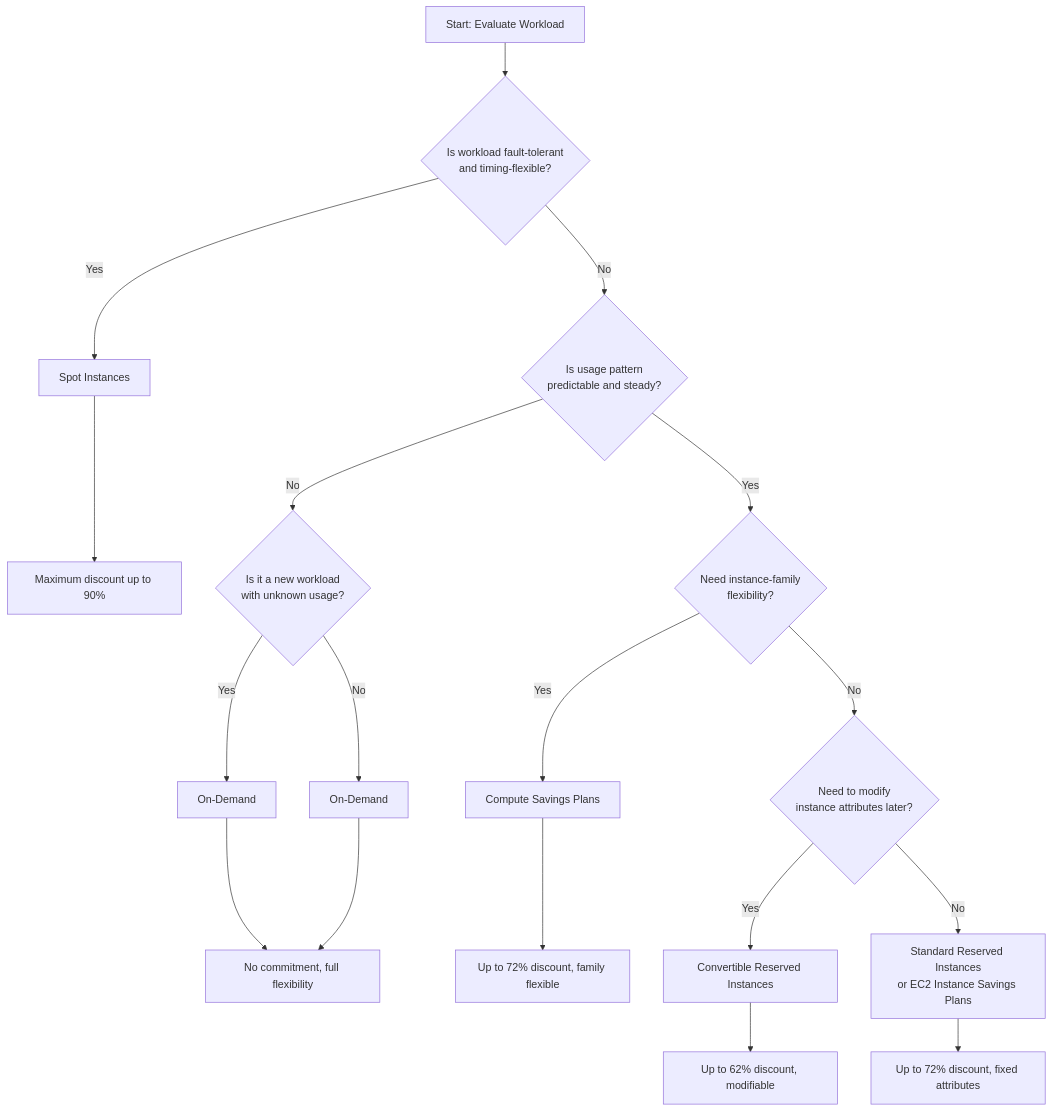
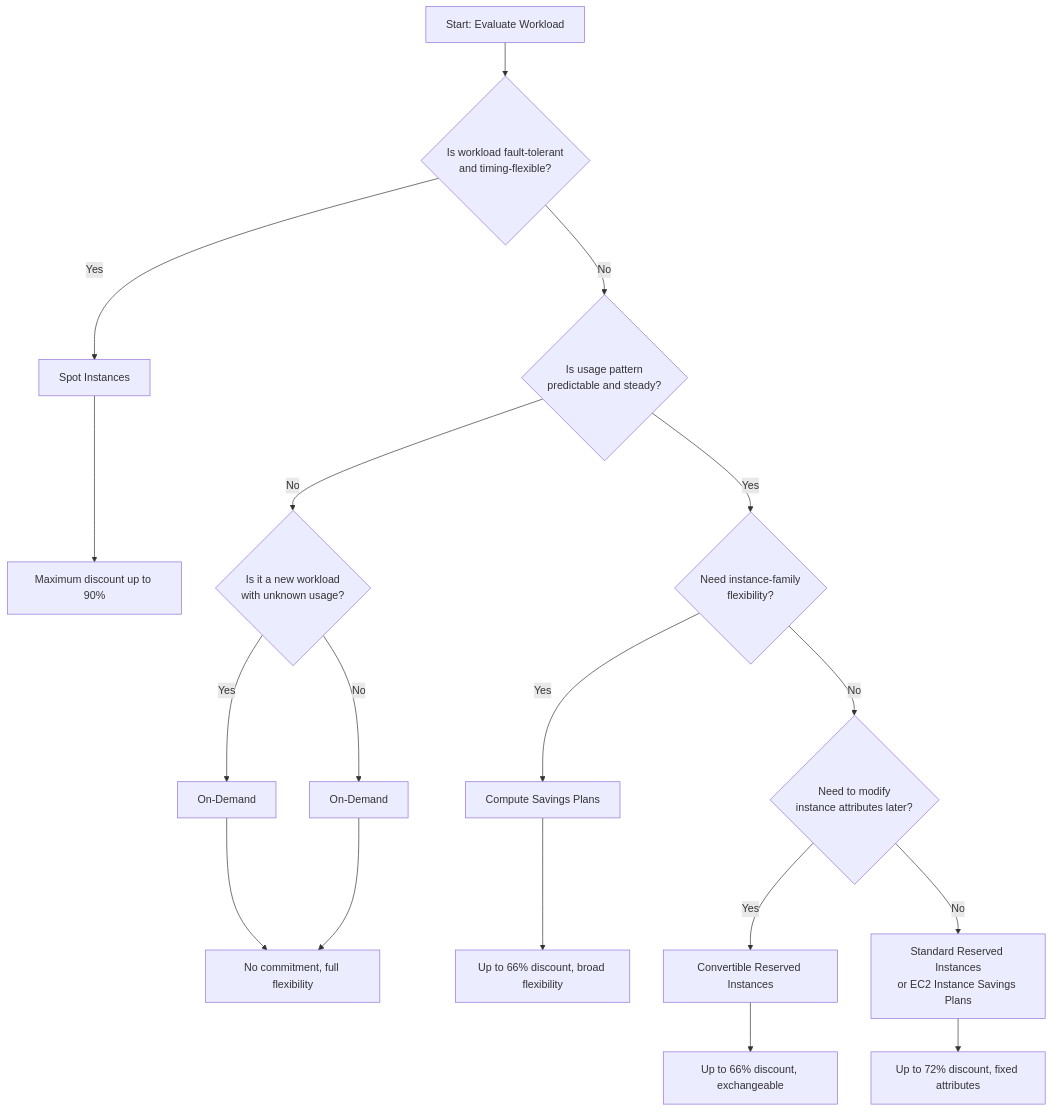
The first of 2 diagrams in Core-Services/EC2-Best-Practices.md (AlexanderBesss/AWS_best_praactices), drawn with Mermaid before and after one commit. The commit also changed other lines of this file and 31 other files, not shown here.

````diff
--- a/Core-Services/EC2-Best-Practices.md
+++ b/Core-Services/EC2-Best-Practices.md
@@ -57,20 +57,20 @@
 ```mermaid
 flowchart TD
     A[Start: Evaluate Workload] --> B{Is workload fault-tolerant<br/>and timing-flexible?}
     B -->|Yes| C[Spot Instances]
     B -->|No| D{Is usage pattern<br/>predictable and steady?}
     D -->|No| E{Is it a new workload<br/>with unknown usage?}
     E -->|Yes| F[On-Demand]
     E -->|No| G[On-Demand]
     D -->|Yes| H{Need instance-family<br/>flexibility?}
     H -->|Yes| I[Compute Savings Plans]
     H -->|No| J{Need to modify<br/>instance attributes later?}
     J -->|Yes| K[Convertible Reserved Instances]
     J -->|No| L[Standard Reserved Instances<br/>or EC2 Instance Savings Plans]
     C --> M[Maximum discount up to 90%]
     F --> N[No commitment, full flexibility]
     G --> N
-    I --> O[Up to 72% discount, family flexible]
-    K --> P[Up to 62% discount, modifiable]
+    I --> O[Up to 66% discount, broad flexibility]
+    K --> P[Up to 66% discount, exchangeable]
     L --> Q[Up to 72% discount, fixed attributes]
 ```
````
